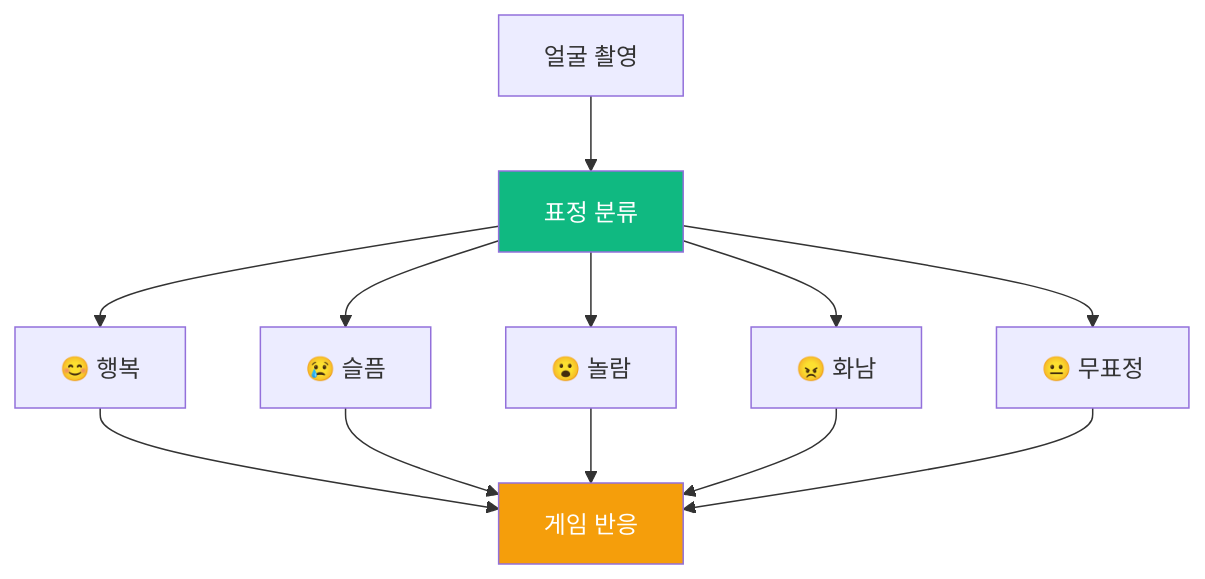
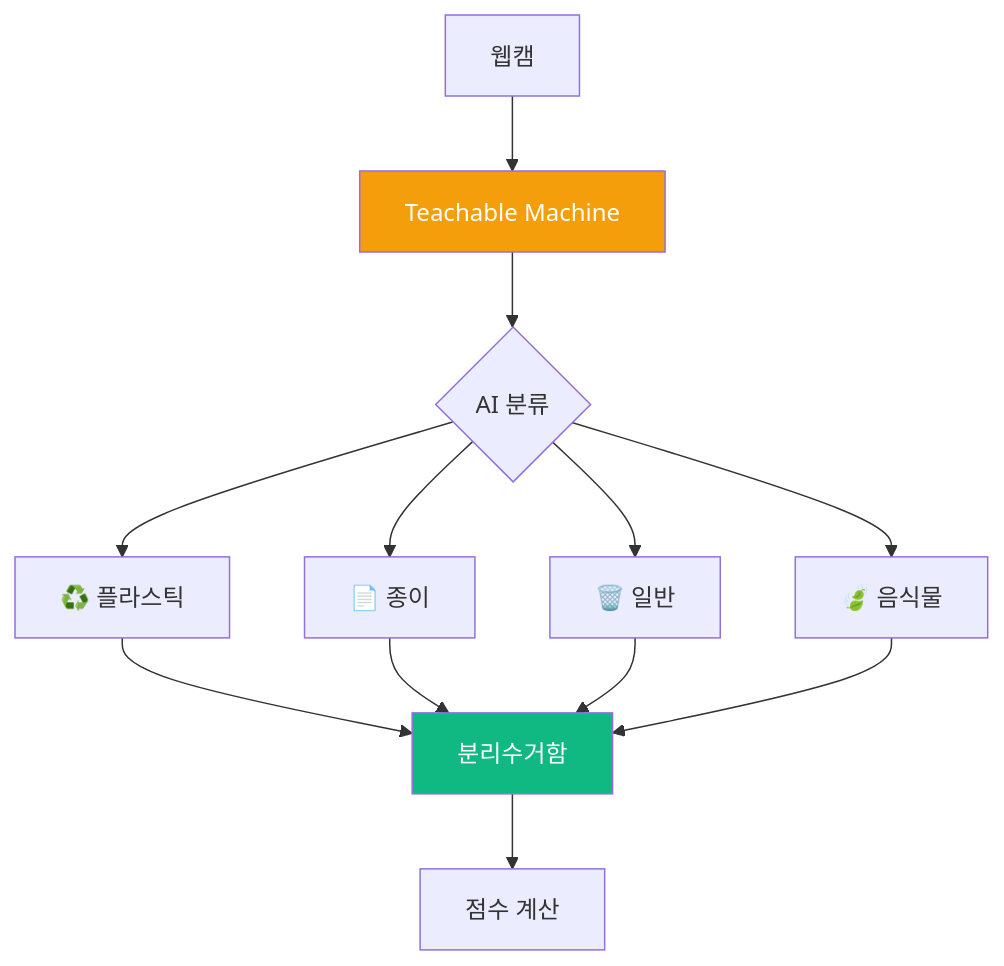
The ninth of 14 diagrams in documents/CURRICULUM/맛보기_블록코딩_AI비전.md (Collegenie-X/AIMakerLab_Web), drawn with Mermaid before and after one commit. The commit also changed other lines of this file and 3 other files, not shown here.

````diff
--- a/documents/CURRICULUM/맛보기_블록코딩_AI비전.md
+++ b/documents/CURRICULUM/맛보기_블록코딩_AI비전.md
@@ -211,18 +431,17 @@
 ```mermaid
 graph TB
-    A[얼굴 촬영] --> B[표정 분류]
-    B --> C1[😊 행복]
-    B --> C2[😢 슬픔]
-    B --> C3[😮 놀람]
-    B --> C4[😠 화남]
-    B --> C5[😐 무표정]
+    A[웹캠] --> B[Teachable Machine]
+    B --> C{AI 분류}
+    C --> D[♻️ 플라스틱]
+    C --> E[📄 종이]
+    C --> F[🗑️ 일반]
+    C --> G[🍃 음식물]
+    D --> H[분리수거함]
+    E --> H
+    F --> H
+    G --> H
+    H --> I[점수 계산]
     
-    C1 --> D[게임 반응]
-    C2 --> D
-    C3 --> D
-    C4 --> D
-    C5 --> D
-    
-    style B fill:#10b981,color:#fff
-    style D fill:#f59e0b,color:#fff
+    style B fill:#f59e0b,color:#fff
+    style H fill:#10b981,color:#fff
 ```
````
